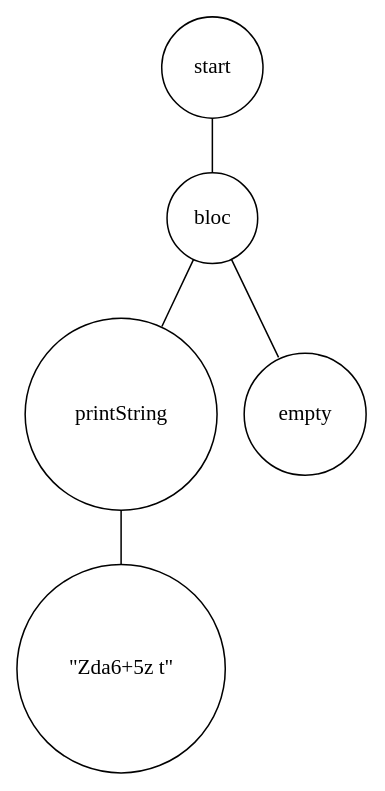
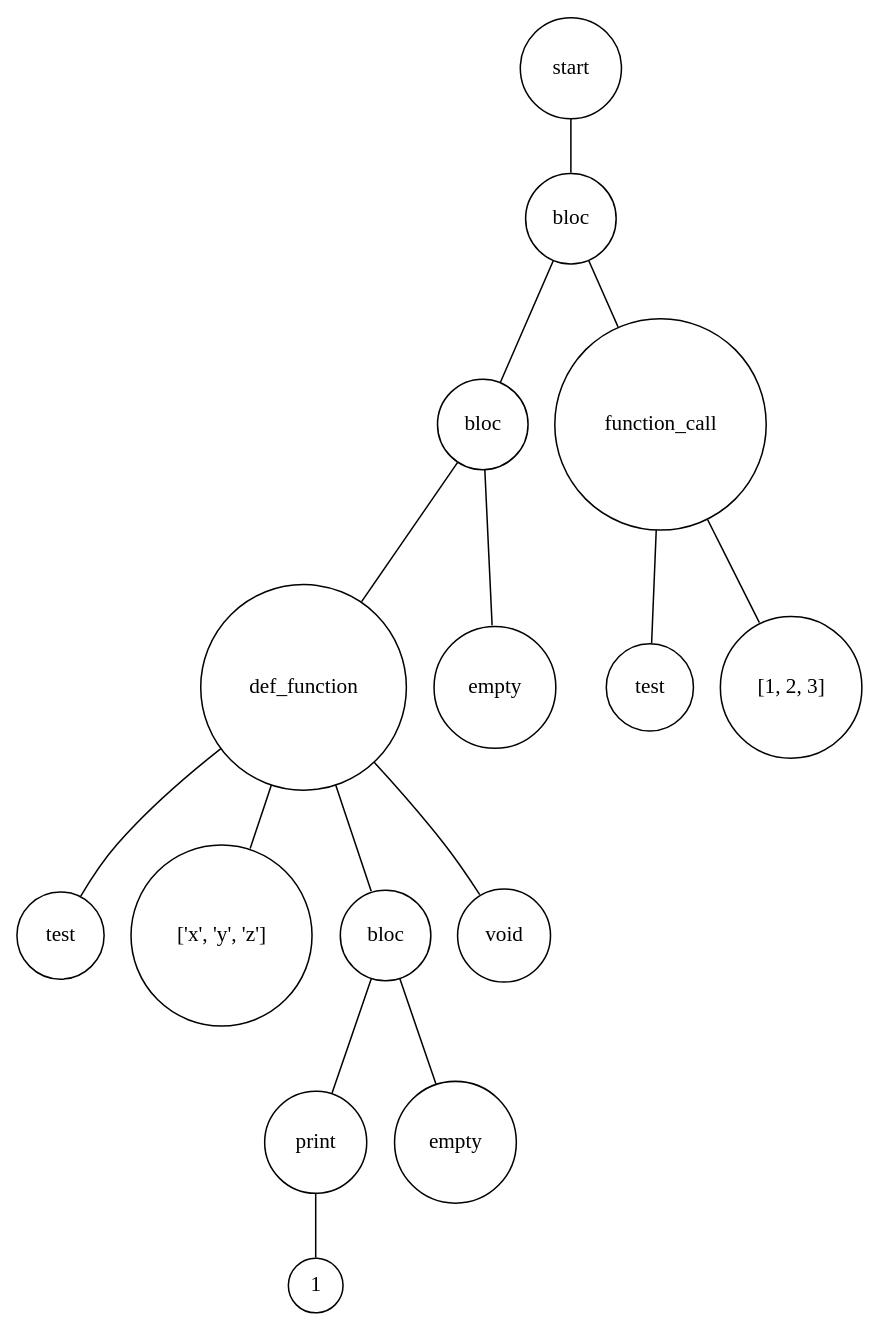
The diagram in TP2/Digraph.gv (nathanEvrardDaCunha/mini_interpreter_python), drawn with Graphviz before and after one commit. The commit also changed 4 other files, not shown here.

Commit message:
[FTR] Comma & Scope Variable in Function & Def Func (typed and void) & Call Func (working in void)

```diff
--- a/TP2/Digraph.gv
+++ b/TP2/Digraph.gv
@@ -1,12 +1,32 @@
 digraph {
 	node [shape=circle]
-	"8337dd8e-838b-4d50-a8b0-562d82c3ab5b" [label=start]
-	"52a7496a-95f4-46e9-9630-f967b27b3291" [label=bloc]
-	"2b863d12-9b9a-40ba-950c-472797ebab64" [label=printString]
-	"a7ad0898-a440-4cd5-8e9a-196ae520d6d9" [label="\"Zda6+5z t\""]
-	"2b863d12-9b9a-40ba-950c-472797ebab64" -> "a7ad0898-a440-4cd5-8e9a-196ae520d6d9" [arrowsize=0]
-	"52a7496a-95f4-46e9-9630-f967b27b3291" -> "2b863d12-9b9a-40ba-950c-472797ebab64" [arrowsize=0]
-	"24ac44f2-b227-4801-85cb-f6c242638378" [label=empty]
-	"52a7496a-95f4-46e9-9630-f967b27b3291" -> "24ac44f2-b227-4801-85cb-f6c242638378" [arrowsize=0]
-	"8337dd8e-838b-4d50-a8b0-562d82c3ab5b" -> "52a7496a-95f4-46e9-9630-f967b27b3291" [arrowsize=0]
+	"272cb826-8399-4b4f-8e7f-f56e2abc7fae" [label=start]
+	"98413498-18bc-4b23-b7b8-0d5045cff2dc" [label=bloc]
+	"f7eac21d-c85e-4f9b-9b47-d1dbf50dd521" [label=bloc]
+	"429cd044-7a6d-4d4b-8031-03ae40dcba99" [label=def_function]
+	"055d424d-a8ef-4f02-ae4b-1be781eb766a" [label=test]
+	"429cd044-7a6d-4d4b-8031-03ae40dcba99" -> "055d424d-a8ef-4f02-ae4b-1be781eb766a" [arrowsize=0]
+	"31ac8c6d-04fd-46d4-acc8-fcc76321de7b" [label="['x', 'y', 'z']"]
+	"429cd044-7a6d-4d4b-8031-03ae40dcba99" -> "31ac8c6d-04fd-46d4-acc8-fcc76321de7b" [arrowsize=0]
+	"dac92b62-3396-4573-af1c-62e9a20083f0" [label=bloc]
+	"85febc98-b1ed-4be7-9abb-ea13908804ad" [label=print]
+	"70897311-b2ec-494e-bd94-069e706c5f1c" [label=1]
+	"85febc98-b1ed-4be7-9abb-ea13908804ad" -> "70897311-b2ec-494e-bd94-069e706c5f1c" [arrowsize=0]
+	"dac92b62-3396-4573-af1c-62e9a20083f0" -> "85febc98-b1ed-4be7-9abb-ea13908804ad" [arrowsize=0]
+	"bcf8335b-0361-476c-a385-69ebb5e9525a" [label=empty]
+	"dac92b62-3396-4573-af1c-62e9a20083f0" -> "bcf8335b-0361-476c-a385-69ebb5e9525a" [arrowsize=0]
+	"429cd044-7a6d-4d4b-8031-03ae40dcba99" -> "dac92b62-3396-4573-af1c-62e9a20083f0" [arrowsize=0]
+	"741ac29a-9fc9-4c67-9a3e-61327fdce4e7" [label=void]
+	"429cd044-7a6d-4d4b-8031-03ae40dcba99" -> "741ac29a-9fc9-4c67-9a3e-61327fdce4e7" [arrowsize=0]
+	"f7eac21d-c85e-4f9b-9b47-d1dbf50dd521" -> "429cd044-7a6d-4d4b-8031-03ae40dcba99" [arrowsize=0]
+	"373b9cc5-7f0b-4ede-bcde-93f1b511693a" [label=empty]
+	"f7eac21d-c85e-4f9b-9b47-d1dbf50dd521" -> "373b9cc5-7f0b-4ede-bcde-93f1b511693a" [arrowsize=0]
+	"98413498-18bc-4b23-b7b8-0d5045cff2dc" -> "f7eac21d-c85e-4f9b-9b47-d1dbf50dd521" [arrowsize=0]
+	"0b60b38a-23c1-4e32-9d2b-58cb6a61a2a6" [label=function_call]
+	"a144f09b-3501-4a1b-bff3-79ed96155e8e" [label=test]
+	"0b60b38a-23c1-4e32-9d2b-58cb6a61a2a6" -> "a144f09b-3501-4a1b-bff3-79ed96155e8e" [arrowsize=0]
+	"021bfd04-8133-4b1a-b005-4e20ac596480" [label="[1, 2, 3]"]
+	"0b60b38a-23c1-4e32-9d2b-58cb6a61a2a6" -> "021bfd04-8133-4b1a-b005-4e20ac596480" [arrowsize=0]
+	"98413498-18bc-4b23-b7b8-0d5045cff2dc" -> "0b60b38a-23c1-4e32-9d2b-58cb6a61a2a6" [arrowsize=0]
+	"272cb826-8399-4b4f-8e7f-f56e2abc7fae" -> "98413498-18bc-4b23-b7b8-0d5045cff2dc" [arrowsize=0]
 }
```
